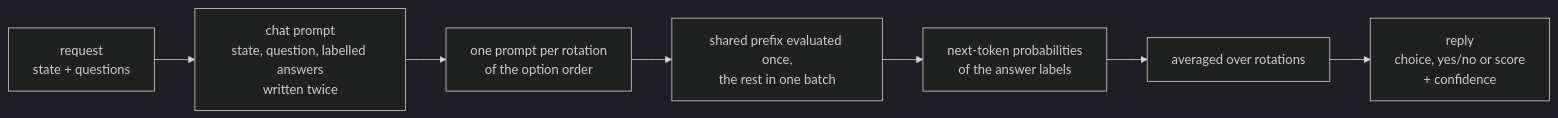
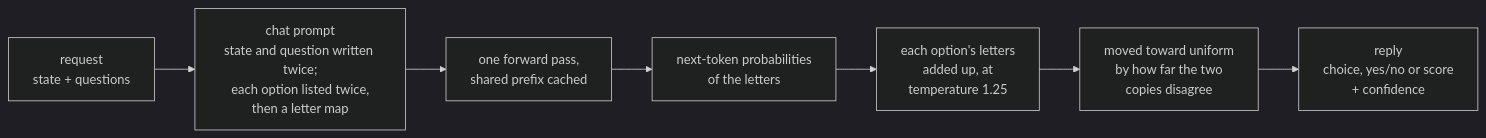
Before and after one commit to Mushroom-Systems/lichen: the diagram in README.md, drawn with Mermaid (dark theme). The commit also changed other lines of this file and 13 other files, not shown here.

````diff
--- a/README.md
+++ b/README.md
@@ -25,9 +25,9 @@
 ```mermaid
 flowchart LR
-    R["request<br/>state + questions"] --> P["chat prompt<br/>state, question, labelled answers<br/>written twice"]
-    P --> V["one prompt per rotation<br/>of the option order"]
-    V --> E["shared prefix evaluated once,<br/>the rest in one batch"]
-    E --> L["next-token probabilities<br/>of the answer labels"]
-    L --> A["averaged over rotations"]
-    A --> O["reply<br/>choice, yes/no or score<br/>+ confidence"]
+    R["request<br/>state + questions"] --> P["chat prompt<br/>state and question written twice;<br/>each option listed twice,<br/>then a letter map"]
+    P --> E["one forward pass,<br/>shared prefix cached"]
+    E --> L["next-token probabilities<br/>of the letters"]
+    L --> A["each option's letters<br/>added up, at<br/>temperature 1.25"]
+    A --> S["moved toward uniform<br/>by how far the two<br/>copies disagree"]
+    S --> O["reply<br/>choice, yes/no or score<br/>+ confidence"]
 ```
````
